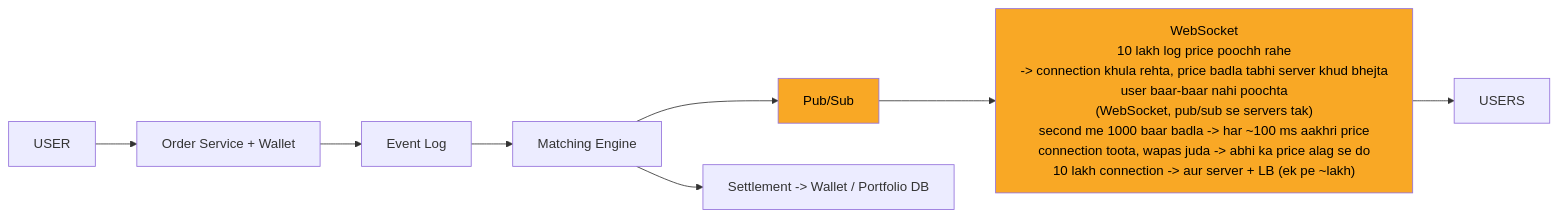
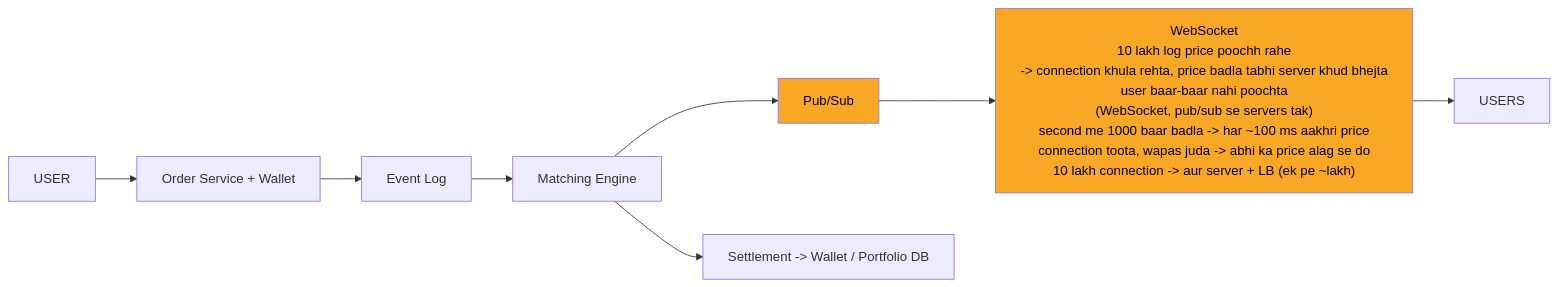
The ninth of 10 diagrams in 04_HLD/SYSTEM_DESIGNS/05_stock_broker_trading/05_stock_broker_trading.md (ArpanMaheshwari144/Prep), drawn with Mermaid before and after one commit. The commit also changed other lines of this file and 13 other files, not shown here.

Commit message:
hld 14 file: har diagram ke daayein andekha dabba, zoom button asli dabbe pe na aaye

````diff
--- a/04_HLD/SYSTEM_DESIGNS/05_stock_broker_trading/05_stock_broker_trading.md
+++ b/04_HLD/SYSTEM_DESIGNS/05_stock_broker_trading/05_stock_broker_trading.md
@@ -363,21 +387,24 @@
 ```mermaid
 %%{init: {"flowchart": {"wrappingWidth": 450}}}%%
 flowchart LR
     n_USER["USER"]
     n_OW["Order Service + Wallet"]
     n_Event_Log["Event Log"]
     n_Matching_Engine["Matching Engine"]
     n_Pub_Sub["Pub/Sub"]
     n_WebSocket["WebSocket<br/>10 lakh log price poochh rahe<br/>-> connection khula rehta, price badla tabhi server khud bhejta<br/>user baar-baar nahi poochta<br/>(WebSocket, pub/sub se servers tak)<br/>second me 1000 baar badla -> har ~100 ms aakhri price<br/>connection toota, wapas juda -> abhi ka price alag se do<br/>10 lakh connection -> aur server + LB (ek pe ~lakh)"]
     n_USERS["USERS"]
     n_SET["Settlement -> Wallet / Portfolio DB"]
     n_USER --> n_OW
     n_OW --> n_Event_Log
     n_Event_Log --> n_Matching_Engine
     n_Matching_Engine --> n_SET
     n_Matching_Engine --> n_Pub_Sub
     n_Pub_Sub --> n_WebSocket
     n_WebSocket --> n_USERS
+    n_pad["xxxxxxxxxxxxxxxx"]
+    n_SET ~~~ n_pad
     style n_Pub_Sub fill:#f9a825,color:#000
     style n_WebSocket fill:#f9a825,color:#000
+    style n_pad fill:none,stroke:none,color:#ffffff00
 ```
````
